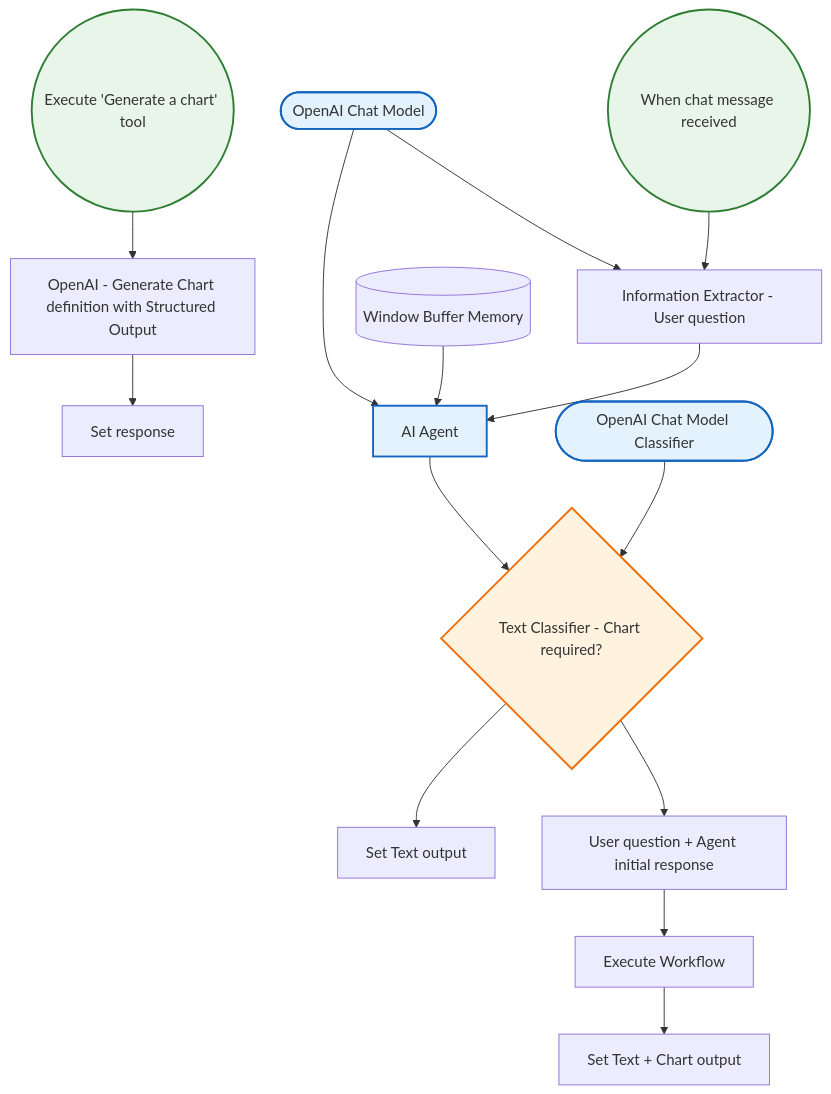
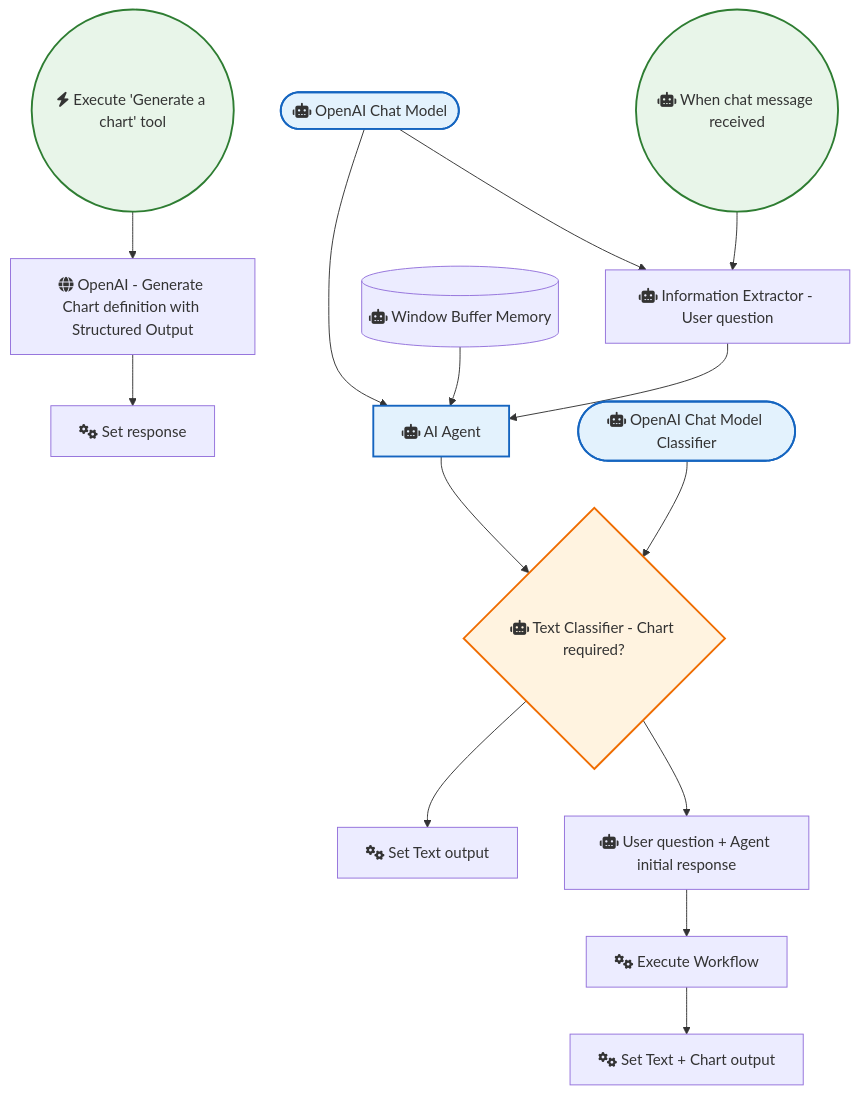
The diagram in Other_Integrations_and_Use_Cases/Visualize Your Sql Agent Queries with Openai and Quickchart Io.md (sreyash3105/N8N-DEMO-AUTOMATIONS), drawn with Mermaid before and after one commit. The commit also changed 291 other files, not shown here.

````diff
--- a/Other_Integrations_and_Use_Cases/Visualize Your Sql Agent Queries with Openai and Quickchart Io.md
+++ b/Other_Integrations_and_Use_Cases/Visualize Your Sql Agent Queries with Openai and Quickchart Io.md
@@ -1,35 +1,35 @@
 ```mermaid
 graph TD
     classDef trigger fill:#e8f5e9,stroke:#2e7d32,stroke-width:2px;
     classDef ai fill:#e3f2fd,stroke:#1565c0,stroke-width:2px;
     classDef logic fill:#fff3e0,stroke:#ef6c00,stroke-width:2px;
 
-    OpenAI_Chat_Model(["OpenAI Chat Model"]):::ai
-    Execute_Workflow["Execute Workflow"]
-    Execute__Generate_a_chart__tool(("Execute 'Generate a chart' tool")):::trigger
-    OpenAI___Generate_Chart_definition_with_Structured_Output["OpenAI - Generate Chart definition with Structured Output"]
-    Set_response["Set response"]
-    When_chat_message_received(("When chat message received")):::trigger
-    Set_Text_output["Set Text output"]
-    Set_Text___Chart_output["Set Text + Chart output"]
-    AI_Agent["AI Agent"]:::ai
-    Window_Buffer_Memory[("Window Buffer Memory")]
-    OpenAI_Chat_Model_Classifier(["OpenAI Chat Model Classifier"]):::ai
-    Text_Classifier___Chart_required_{"Text Classifier - Chart required?"}:::logic
-    User_question___Agent_initial_response["User question + Agent initial response"]
-    Information_Extractor___User_question["Information Extractor - User question"]
+    OpenAI_Chat_Model(["fas:fa-robot OpenAI Chat Model"]):::ai
+    Execute_Workflow["fas:fa-cogs Execute Workflow"]
+    Execute__Generate_a_chart__tool(("fas:fa-bolt Execute 'Generate a chart' tool")):::trigger
+    OpenAI___Generate_Chart_definition_with_Structured_Output["fas:fa-globe OpenAI - Generate Chart definition with Structured Output"]
+    Set_response["fas:fa-cogs Set response"]
+    When_chat_message_received(("fas:fa-robot When chat message received")):::trigger
+    Set_Text_output["fas:fa-cogs Set Text output"]
+    Set_Text___Chart_output["fas:fa-cogs Set Text + Chart output"]
+    AI_Agent["fas:fa-robot AI Agent"]:::ai
+    Window_Buffer_Memory[("fas:fa-robot Window Buffer Memory")]
+    OpenAI_Chat_Model_Classifier(["fas:fa-robot OpenAI Chat Model Classifier"]):::ai
+    Text_Classifier___Chart_required_{"fas:fa-robot Text Classifier - Chart required?"}:::logic
+    User_question___Agent_initial_response["fas:fa-robot User question + Agent initial response"]
+    Information_Extractor___User_question["fas:fa-robot Information Extractor - User question"]
 
     AI_Agent --> Text_Classifier___Chart_required_
     Execute_Workflow --> Set_Text___Chart_output
     OpenAI_Chat_Model --> AI_Agent
     OpenAI_Chat_Model --> Information_Extractor___User_question
     Window_Buffer_Memory --> AI_Agent
     When_chat_message_received --> Information_Extractor___User_question
     OpenAI_Chat_Model_Classifier --> Text_Classifier___Chart_required_
     Execute__Generate_a_chart__tool --> OpenAI___Generate_Chart_definition_with_Structured_Output
     Text_Classifier___Chart_required_ --> User_question___Agent_initial_response
     Text_Classifier___Chart_required_ --> Set_Text_output
     Information_Extractor___User_question --> AI_Agent
     User_question___Agent_initial_response --> Execute_Workflow
     OpenAI___Generate_Chart_definition_with_Structured_Output --> Set_response
 ```
````
